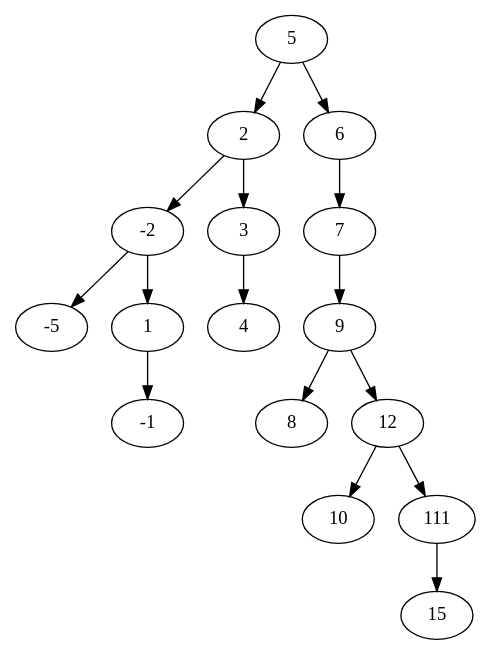
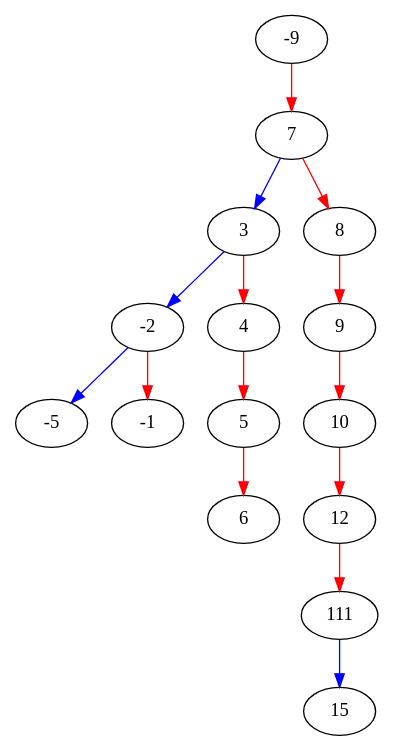
The diagram in tree/myTree.dot (nikizhelqzkov/CPP-SDP), drawn with Graphviz before and after one commit. The commit also changed 12 other files, not shown here.

```diff
--- a/tree/myTree.dot
+++ b/tree/myTree.dot
@@ -1,33 +1,31 @@
 digraph G{
-16390424[label="-5"];
-16390304[label="-2"];
-16390304->16390424
-16390304->16390344
-16390384[label="-1"];
-16390344[label="1"];
-16390344->16390384
-16390184[label="2"];
-16390184->16390304
-16390184->16390224
-16390224[label="3"];
-16390224->16390464
-16390464[label="4"];
-16390104[label="5"];
-16390104->16390184
-16390104->16390144
-16390144[label="6"];
-16390144->16390264
-16390264[label="7"];
-16390264->16390504
-16390584[label="8"];
-16390504[label="9"];
-16390504->16390584
-16390504->16390544
-16390624[label="10"];
-16390544[label="12"];
-16390544->16390624
-16390544->16390664
-16390704[label="15"];
-16390664[label="111"];
-16390664->16390704
+17176680[label="-9"];
+17176680->17176704[color=red];
+17200024[label="-5"];
+17199976[label="-2"];
+17199976->17200024[color=blue];
+17199976->17200000[color=red];
+17200000[label="-1"];
+17176728[label="3"];
+17176728->17199976[color=blue];
+17176728->17176752[color=red];
+17176752[label="4"];
+17176752->17176776[color=red];
+17176776[label="5"];
+17176776->17176800[color=red];
+17176800[label="6"];
+17176704[label="7"];
+17176704->17176728[color=blue];
+17176704->17176824[color=red];
+17176824[label="8"];
+17176824->17176848[color=red];
+17176848[label="9"];
+17176848->17199952[color=red];
+17199952[label="10"];
+17199952->17200048[color=red];
+17200048[label="12"];
+17200048->17200072[color=red];
+17200096[label="15"];
+17200072[label="111"];
+17200072->17200096[color=blue];
 }
```
